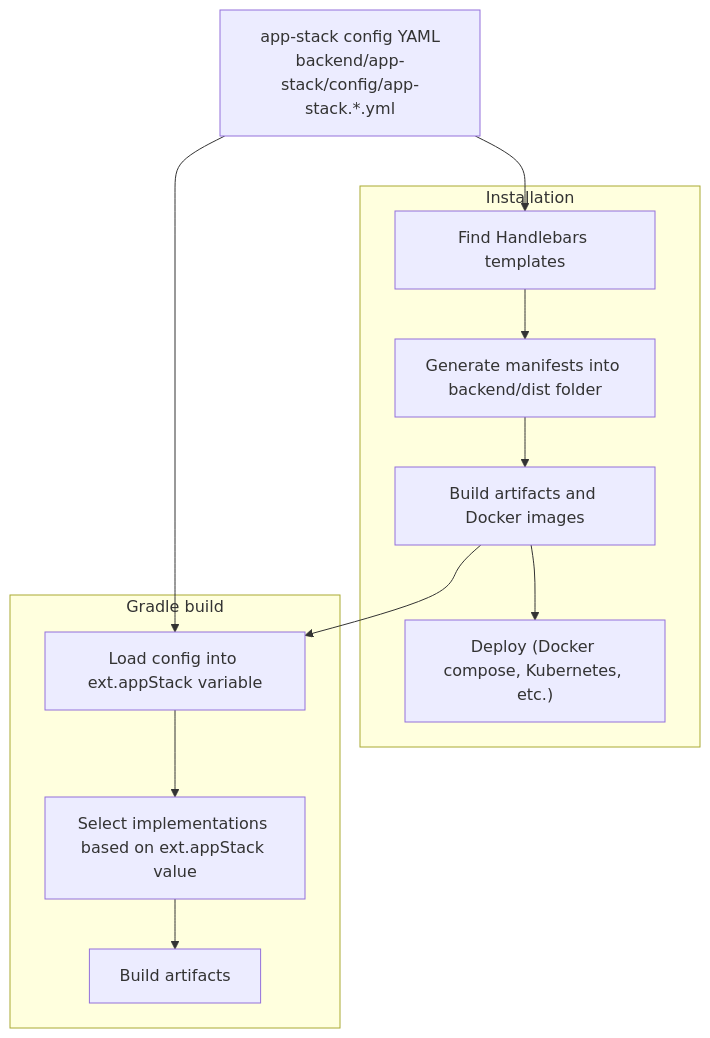
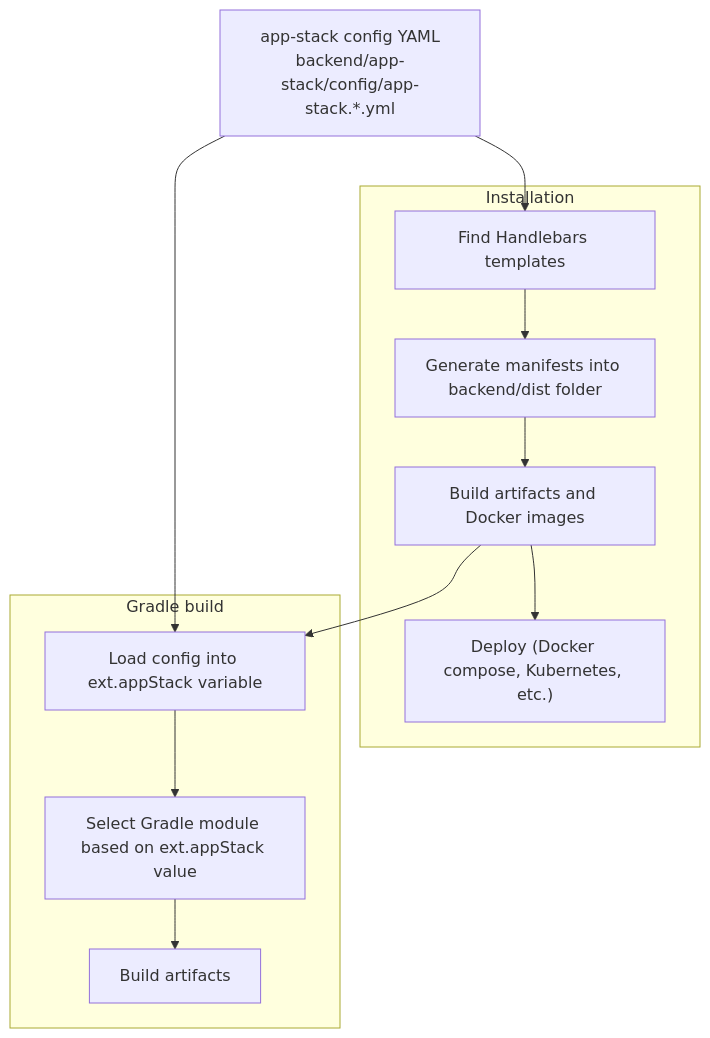
The second of 3 diagrams in README.md (atlashk/atlas), drawn with Mermaid before and after one commit.

````diff
--- a/README.md
+++ b/README.md
@@ -307,28 +307,28 @@
 ```mermaid
 flowchart TB
   CFG["app-stack config YAML<br/>backend/app-stack/config/app-stack.*.yml"]
 
   subgraph Installation["Installation"]
     INST_TPL["Find Handlebars templates"]
     INST_GEN["Generate manifests into backend/dist folder"]
     INST_BUILD["Build artifacts and Docker images"]
     INST_DEPLOY["Deploy (Docker compose, Kubernetes, etc.)"]
 
     INST_TPL --> INST_GEN
     INST_GEN --> INST_BUILD
     INST_BUILD --> INST_DEPLOY
   end
 
   subgraph Build["Gradle build"]
     GRADLE["Load config into ext.appStack variable"]
-    SELECT["Select implementations based on ext.appStack value"]
+    SELECT["Select Gradle module based on ext.appStack value"]
     ARTIFACTS["Build artifacts"]
 
     GRADLE --> SELECT
     SELECT --> ARTIFACTS
   end
 
   CFG --> GRADLE
   CFG --> INST_TPL
   INST_BUILD --> GRADLE
 ```
````
